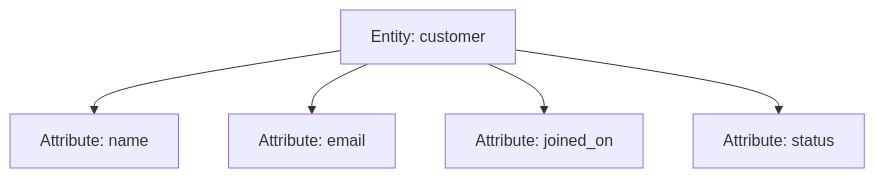
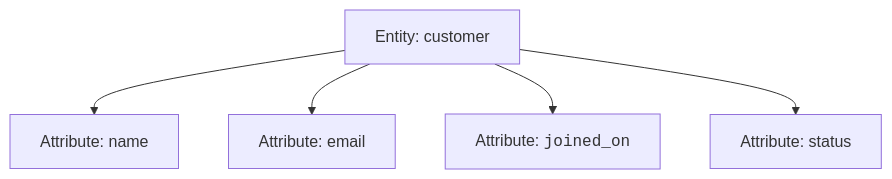
One commit to dataslope/dataslope changed the first of 6 diagrams in content/learn/database-design-postgresql/attributes-and-domains.mdx. Above: the diagram before and after it, drawn with Mermaid. The commit also changed other lines of this file and 153 other files, not shown here.

First line of the commit message:
Render code-only mermaid shapes in monospace; convert step sequences to Steps

````diff
--- a/content/learn/database-design-postgresql/attributes-and-domains.mdx
+++ b/content/learn/database-design-postgresql/attributes-and-domains.mdx
@@ -19,7 +19,7 @@
 ```mermaid
 flowchart TB
     Customer["Entity: customer"] --> Name["Attribute: name"]
     Customer --> Email["Attribute: email"]
-    Customer --> Joined["Attribute: joined_on"]
+    Customer --> Joined["Attribute: <code>joined_on</code>"]
     Customer --> Status["Attribute: status"]
 ```
````
